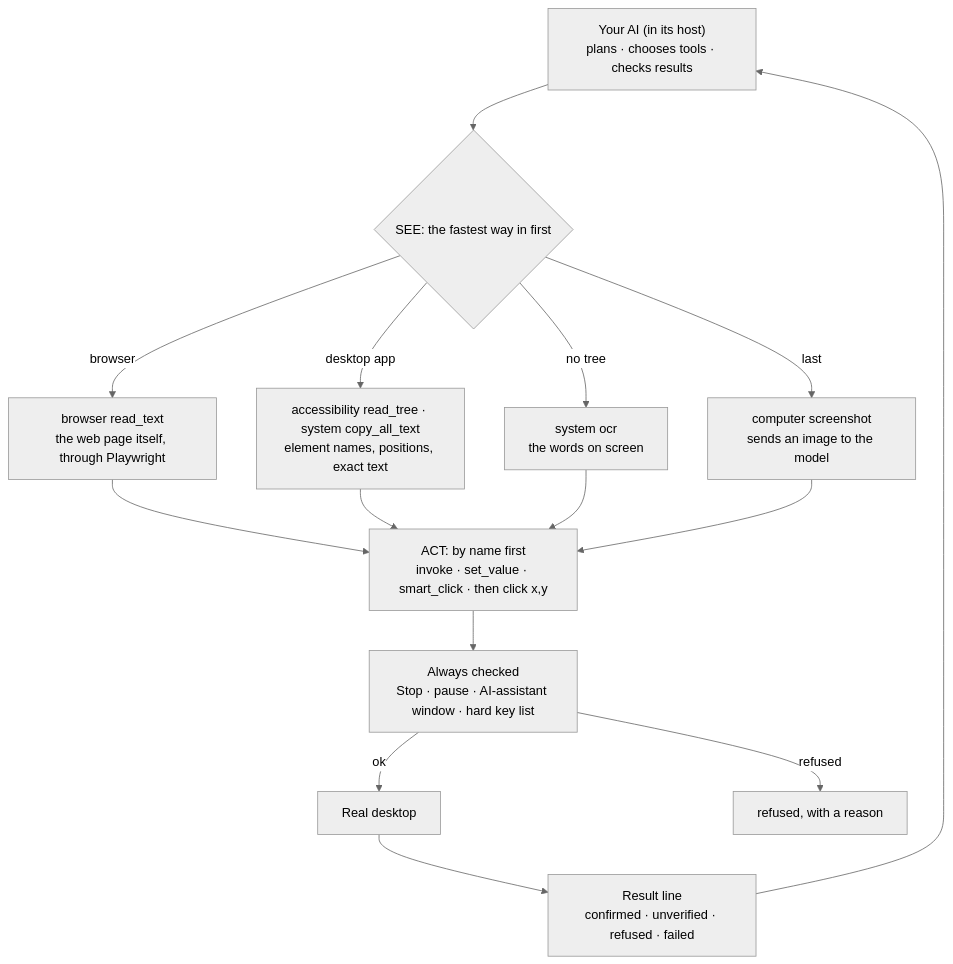
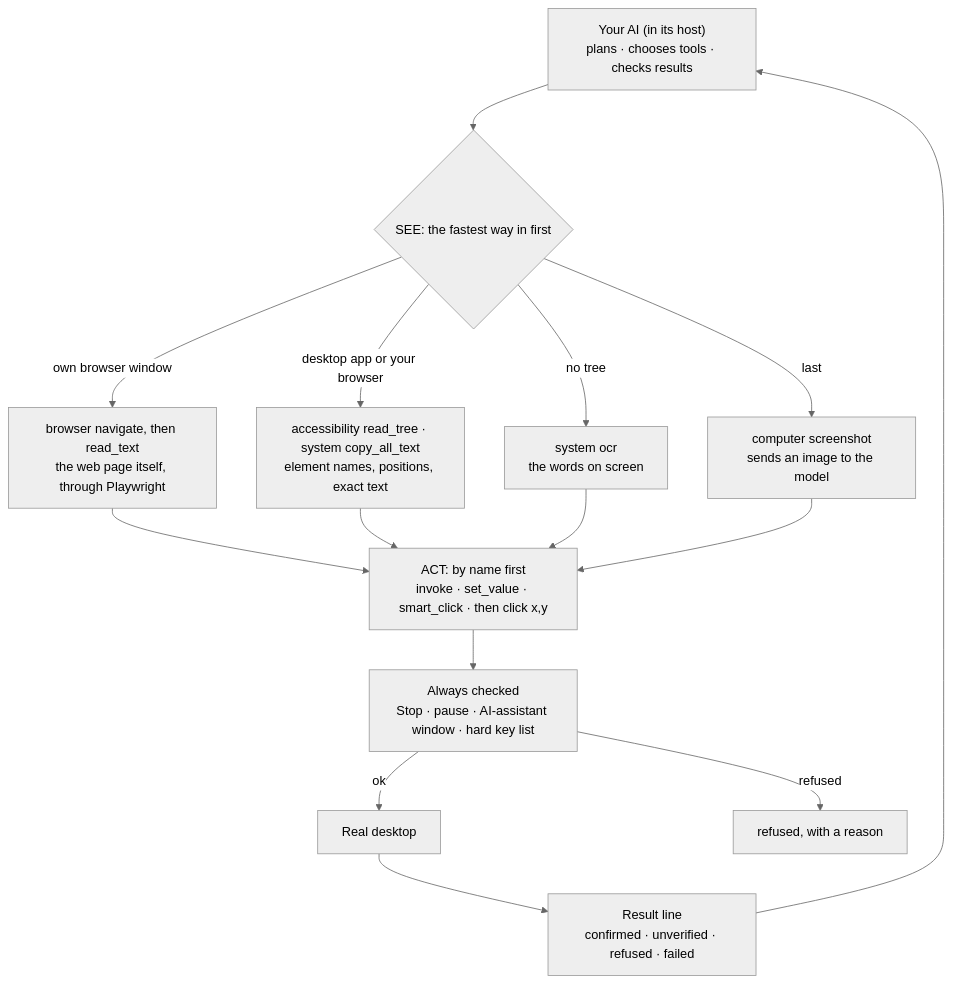
One commit to AmrDab/clawdcursor changed the diagram in README.md. Above: the diagram before and after it, drawn with Mermaid (neutral theme). The commit also changed other lines of this file and 3 other files, not shown here.

````diff
--- a/README.md
+++ b/README.md
@@ -69,21 +70,21 @@
 ```mermaid
 flowchart TB
     agent["Your AI (in its host)<br/>plans · chooses tools · checks results"] --> see{"SEE: the fastest way in first"}
 
-    see -- "browser" --> page["browser read_text<br/>the web page itself, through Playwright"]
-    see -- "desktop app" --> tree["accessibility read_tree · system copy_all_text<br/>element names, positions, exact text"]
+    see -- "own browser window" --> page["browser navigate, then read_text<br/>the web page itself, through Playwright"]
+    see -- "desktop app or your browser" --> tree["accessibility read_tree · system copy_all_text<br/>element names, positions, exact text"]
     see -- "no tree" --> ocr["system ocr<br/>the words on screen"]
     see -- "last" --> shot["computer screenshot<br/>sends an image to the model"]
 
     page --> act
     tree --> act
     ocr --> act
     shot --> act
 
     act["ACT: by name first<br/>invoke · set_value · smart_click · then click x,y"] --> guards
     guards["Always checked<br/>Stop · pause · AI-assistant window · hard key list"] -- ok --> desktop["Real desktop"]
     guards -- refused --> refused["refused, with a reason"]
 
     desktop --> result["Result line<br/>confirmed · unverified · refused · failed"]
     result --> agent
 ```
````
